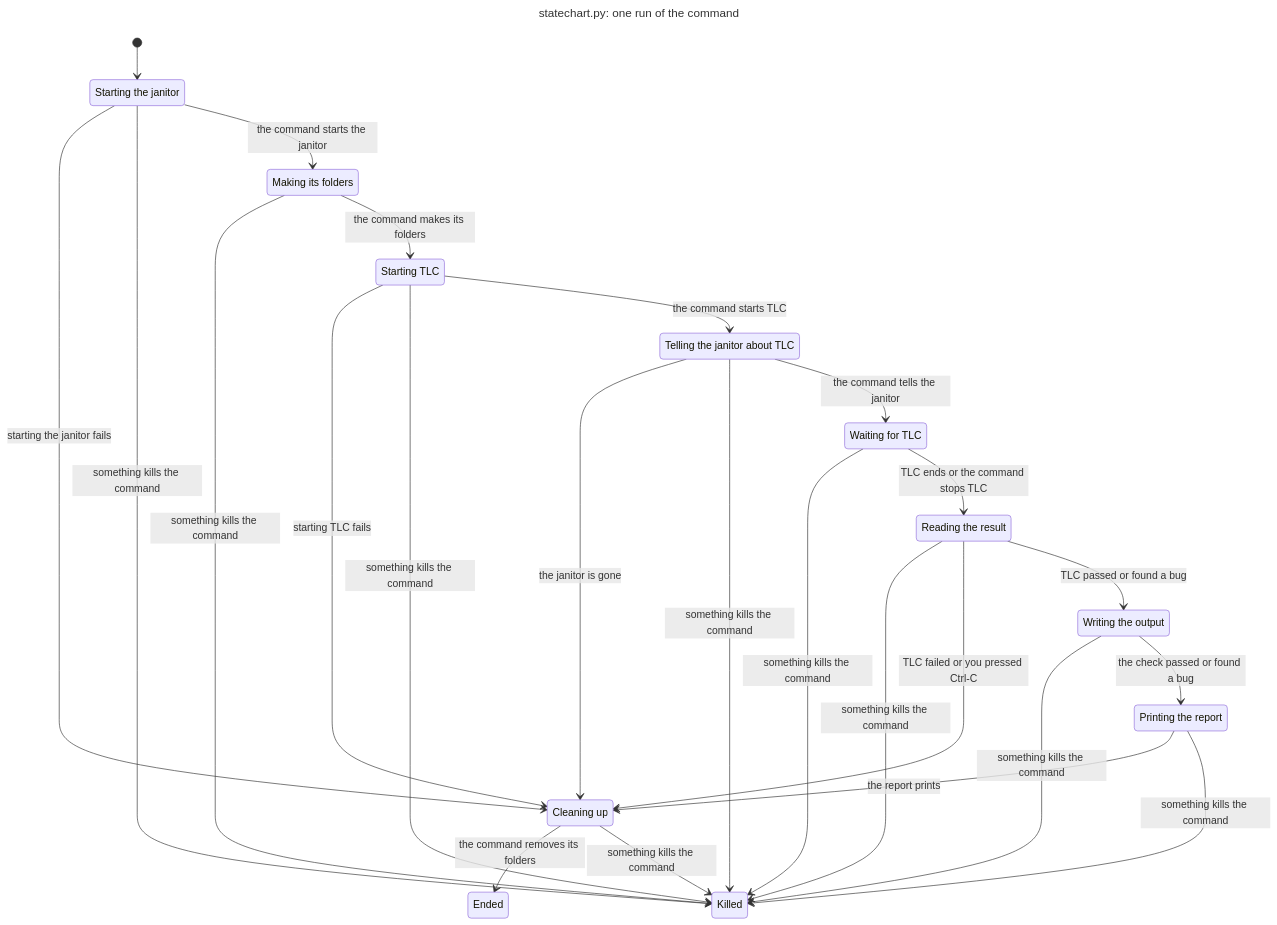
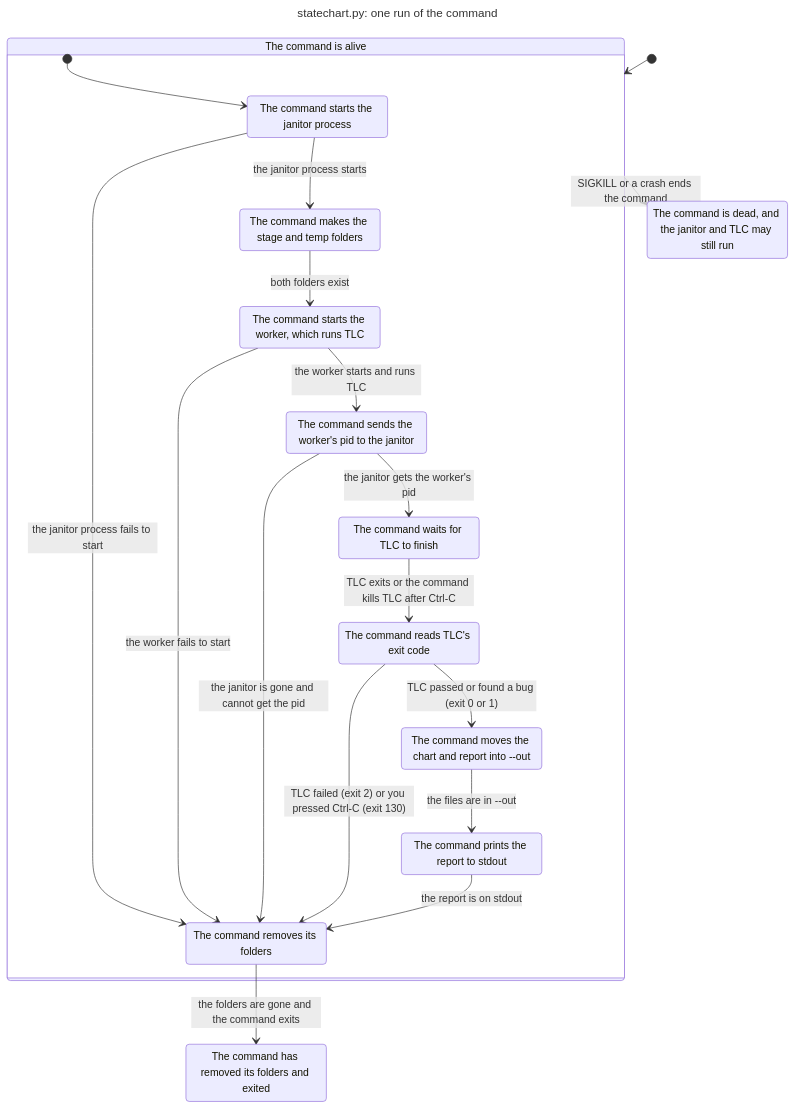
The diagram in notes/statechart/lifecycle/CommandRunFixed-chart.mmd (dashed/claude-marketplace), drawn with Mermaid before and after one commit. The commit also changed 12 other files, not shown here.

```diff
--- a/notes/statechart/lifecycle/CommandRunFixed-chart.mmd
+++ b/notes/statechart/lifecycle/CommandRunFixed-chart.mmd
@@ -1,38 +1,33 @@
 ---
 title: "statechart.py: one run of the command"
 ---
 stateDiagram-v2
-  s0: Starting the janitor
-  s1: Cleaning up
-  s2: Killed
-  s3: Making its folders
-  s4: Ended
-  s5: Starting TLC
-  s6: Telling the janitor about TLC
-  s7: Waiting for TLC
-  s8: Reading the result
-  s9: Writing the output
-  s10: Printing the report
+  state "The command is alive" as s0 {
+    s1: The command starts the janitor process
+    s2: The command removes its folders
+    s3: The command makes the stage and temp folders
+    s4: The command starts the worker, which runs TLC
+    s5: The command sends the worker's pid to the janitor
+    s6: The command waits for TLC to finish
+    s7: The command reads TLC's exit code
+    s8: The command moves the chart and report into --out
+    s9: The command prints the report to stdout
+    [*] --> s1
+  }
+  s10: The command is dead, and the janitor and TLC may still run
+  s11: The command has removed its folders and exited
   [*] --> s0
-  s0 --> s1: starting the janitor fails
-  s0 --> s2: something kills the command
-  s0 --> s3: the command starts the janitor
-  s1 --> s4: the command removes its folders
-  s1 --> s2: something kills the command
-  s3 --> s2: something kills the command
-  s3 --> s5: the command makes its folders
-  s5 --> s1: starting TLC fails
-  s5 --> s2: something kills the command
-  s5 --> s6: the command starts TLC
-  s6 --> s1: the janitor is gone
-  s6 --> s2: something kills the command
-  s6 --> s7: the command tells the janitor
-  s7 --> s2: something kills the command
-  s7 --> s8: TLC ends or the command stops TLC
-  s8 --> s2: something kills the command
-  s8 --> s1: TLC failed or you pressed Ctrl-C
-  s8 --> s9: TLC passed or found a bug
-  s9 --> s2: something kills the command
-  s9 --> s10: the check passed or found a bug
-  s10 --> s1: the report prints
-  s10 --> s2: something kills the command
+  s1 --> s2: the janitor process fails to start
+  s1 --> s3: the janitor process starts
+  s2 --> s11: the folders are gone and the command exits
+  s3 --> s4: both folders exist
+  s4 --> s2: the worker fails to start
+  s4 --> s5: the worker starts and runs TLC
+  s5 --> s2: the janitor is gone and cannot get the pid
+  s5 --> s6: the janitor gets the worker's pid
+  s6 --> s7: TLC exits or the command kills TLC after Ctrl-C
+  s7 --> s2: TLC failed (exit 2) or you pressed Ctrl-C (exit 130)
+  s7 --> s8: TLC passed or found a bug (exit 0 or 1)
+  s8 --> s9: the files are in --out
+  s9 --> s2: the report is on stdout
+  s0 --> s10: SIGKILL or a crash ends the command
```
